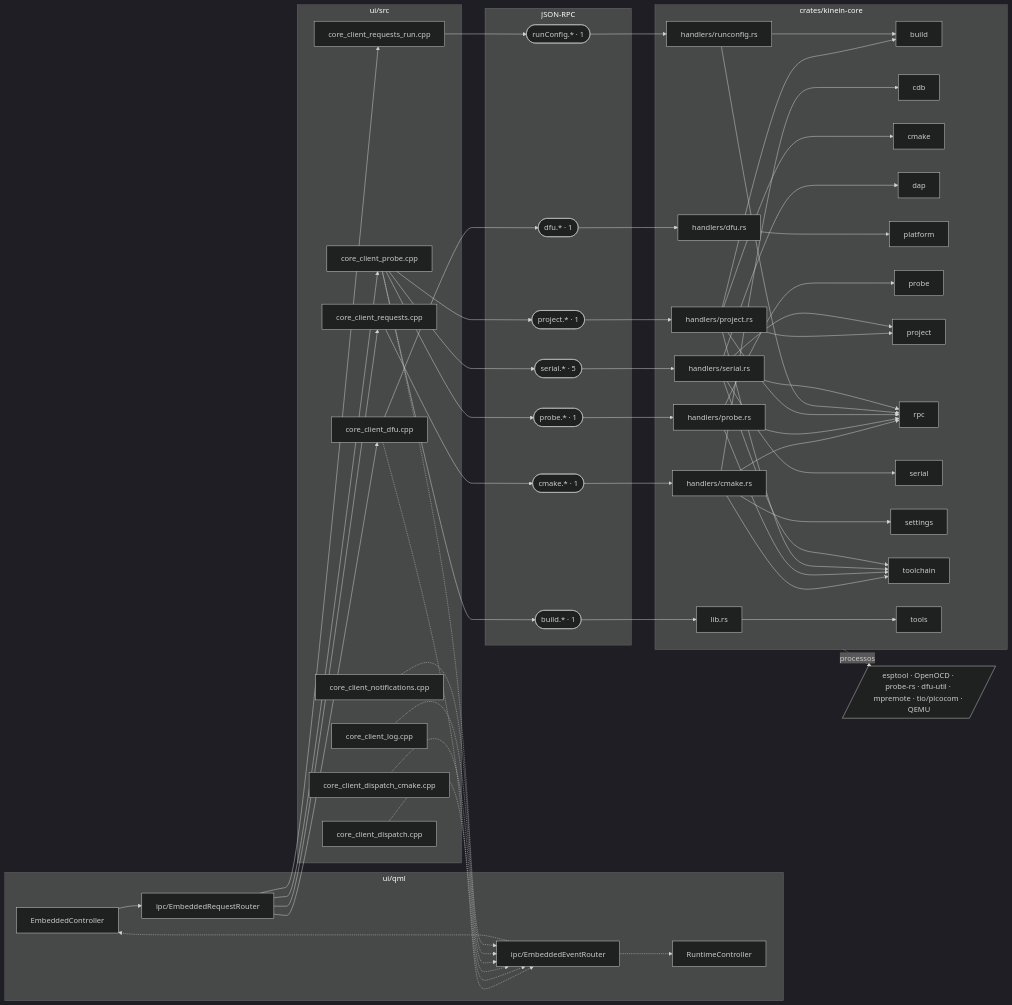
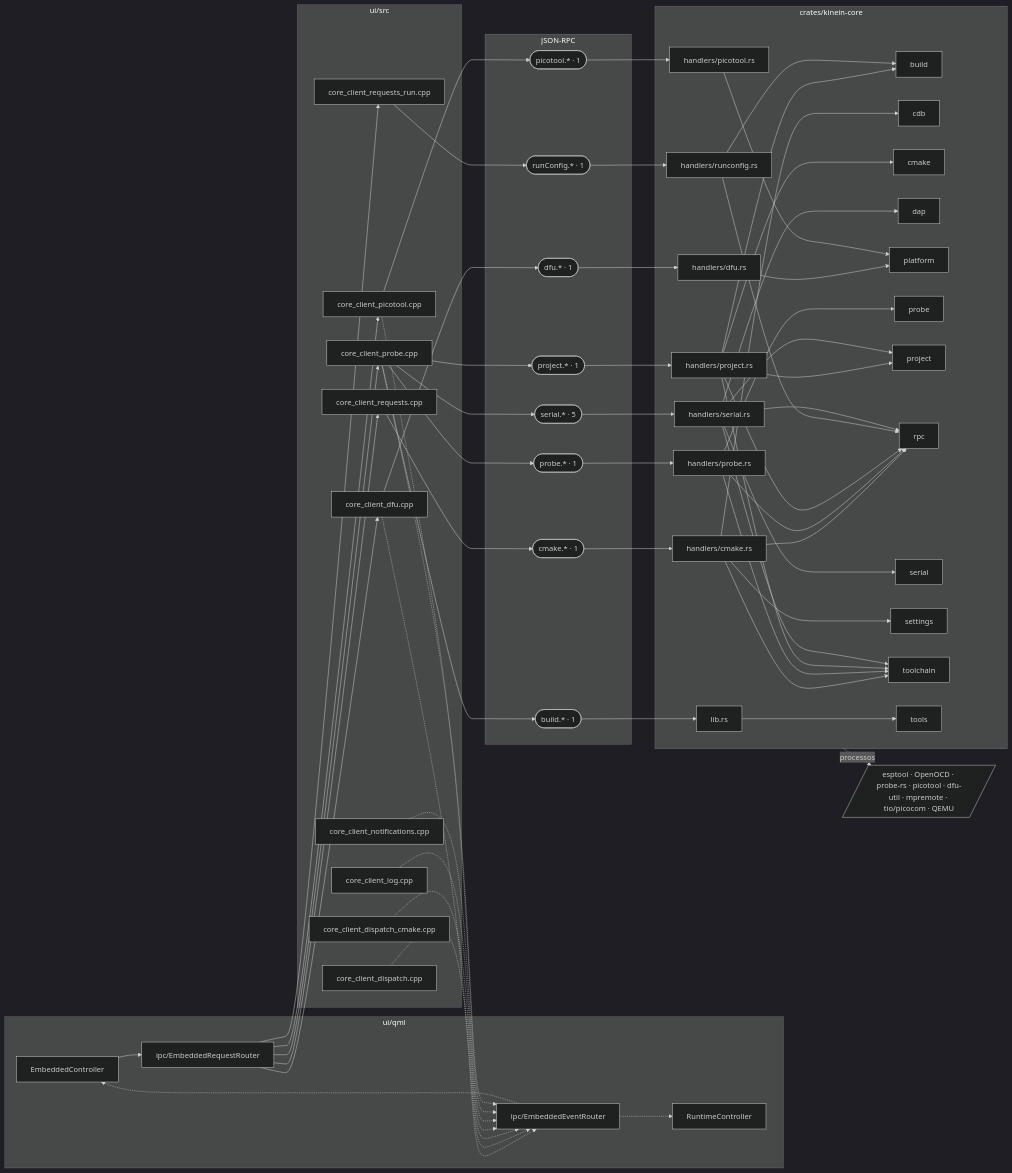
Before and after one commit to ViktorWalde/KineinVectis: the tenth of 16 diagrams in DocsPublic/arquitetura/01-mapa-de-modulos.md, drawn with Mermaid (dark theme). The commit also changed other lines of this file and 45 other files, not shown here.

First line of the commit message:
feat(embedded): confirm RP2040 BOOTSEL selectors with picotool

```diff
--- a/DocsPublic/arquitetura/01-mapa-de-modulos.md
+++ b/DocsPublic/arquitetura/01-mapa-de-modulos.md
@@ -945,6 +949,7 @@
     n_ui_src_core_client_dispatch_cmake_cpp["core_client_dispatch_cmake.cpp"]
     n_ui_src_core_client_log_cpp["core_client_log.cpp"]
     n_ui_src_core_client_notifications_cpp["core_client_notifications.cpp"]
+    n_ui_src_core_client_picotool_cpp["core_client_picotool.cpp"]
     n_ui_src_core_client_probe_cpp["core_client_probe.cpp"]
     n_ui_src_core_client_requests_cpp["core_client_requests.cpp"]
     n_ui_src_core_client_requests_run_cpp["core_client_requests_run.cpp"]
@@ -953,6 +958,7 @@
     n_ipc_build(["build.* · 1"])
     n_ipc_cmake(["cmake.* · 1"])
     n_ipc_dfu(["dfu.* · 1"])
+    n_ipc_picotool(["picotool.* · 1"])
     n_ipc_probe(["probe.* · 1"])
     n_ipc_project(["project.* · 1"])
     n_ipc_runConfig(["runConfig.* · 1"])
@@ -961,6 +967,7 @@
   subgraph CORE["crates/kinein-core"]
     n_crates_kinein_core_src_handlers_cmake_rs["handlers/cmake.rs"]
     n_crates_kinein_core_src_handlers_dfu_rs["handlers/dfu.rs"]
+    n_crates_kinein_core_src_handlers_picotool_rs["handlers/picotool.rs"]
     n_crates_kinein_core_src_handlers_probe_rs["handlers/probe.rs"]
     n_crates_kinein_core_src_handlers_project_rs["handlers/project.rs"]
     n_crates_kinein_core_src_handlers_runconfig_rs["handlers/runconfig.rs"]
@@ -979,11 +986,12 @@
     n_core_toolchain[toolchain]
     n_core_tools[tools]
   end
-  n_tools_embedded[/"esptool · OpenOCD · probe-rs · dfu-util · mpremote · tio/picocom · QEMU"/]
+  n_tools_embedded[/"esptool · OpenOCD · probe-rs · picotool · dfu-util · mpremote · tio/picocom · QEMU"/]
   n_ui_qml_embedded_EmbeddedController_qml --> n_ui_qml_ipc_EmbeddedRequestRouter_qml
   n_ui_qml_ipc_EmbeddedEventRouter_qml -.-> n_ui_qml_embedded_EmbeddedController_qml
   n_ui_qml_ipc_EmbeddedEventRouter_qml -.-> n_ui_qml_runtime_RuntimeController_qml
   n_ui_qml_ipc_EmbeddedRequestRouter_qml --> n_ui_src_core_client_dfu_cpp
+  n_ui_qml_ipc_EmbeddedRequestRouter_qml --> n_ui_src_core_client_picotool_cpp
   n_ui_qml_ipc_EmbeddedRequestRouter_qml --> n_ui_src_core_client_probe_cpp
   n_ui_qml_ipc_EmbeddedRequestRouter_qml --> n_ui_src_core_client_requests_cpp
   n_ui_qml_ipc_EmbeddedRequestRouter_qml --> n_ui_src_core_client_requests_run_cpp
@@ -993,6 +1001,8 @@
   n_ui_src_core_client_dispatch_cmake_cpp -.-> n_ui_qml_ipc_EmbeddedEventRouter_qml
   n_ui_src_core_client_log_cpp -.-> n_ui_qml_ipc_EmbeddedEventRouter_qml
   n_ui_src_core_client_notifications_cpp -.-> n_ui_qml_ipc_EmbeddedEventRouter_qml
+  n_ui_src_core_client_picotool_cpp --> n_ipc_picotool
+  n_ui_src_core_client_picotool_cpp -.-> n_ui_qml_ipc_EmbeddedEventRouter_qml
   n_ui_src_core_client_probe_cpp --> n_ipc_build
   n_ui_src_core_client_probe_cpp --> n_ipc_probe
   n_ui_src_core_client_probe_cpp --> n_ipc_project
@@ -1007,6 +1017,8 @@
   n_crates_kinein_core_src_handlers_cmake_rs --> n_core_toolchain
   n_ipc_dfu --> n_crates_kinein_core_src_handlers_dfu_rs
   n_crates_kinein_core_src_handlers_dfu_rs --> n_core_platform
+  n_ipc_picotool --> n_crates_kinein_core_src_handlers_picotool_rs
+  n_crates_kinein_core_src_handlers_picotool_rs --> n_core_platform
   n_ipc_probe --> n_crates_kinein_core_src_handlers_probe_rs
   n_crates_kinein_core_src_handlers_probe_rs --> n_core_probe
   n_crates_kinein_core_src_handlers_probe_rs --> n_core_rpc
```
